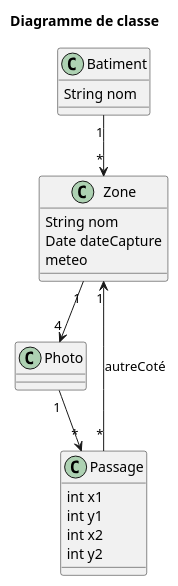
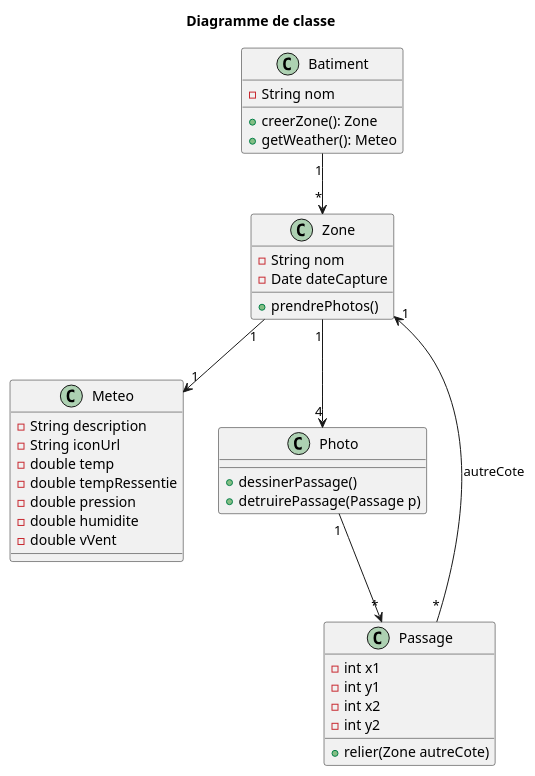
The diagram in diag_c.puml (ActxLeToucan/fst_l3_devmobile_roomview), drawn with PlantUML before and after one commit. The commit also changed 1 other file, not shown here.

Commit message:
diagramme seq abs creation zone

```diff
--- a/diag_c.puml
+++ b/diag_c.puml
@@ -1,30 +1,46 @@
-@startuml Diagramme de classe
+@startuml diag_c
 title Diagramme de classe
 
 class Batiment {
-    String nom
+    - String nom
+    + creerZone(): Zone
+    + getWeather(): Meteo
 }
 
 class Zone {
-    String nom
-    Date dateCapture
-    meteo
+    - String nom
+    - Date dateCapture
+    + prendrePhotos()
+}
+
+class Meteo {
+    - String description
+    - String iconUrl
+    - double temp
+    - double tempRessentie
+    - double pression
+    - double humidite
+    - double vVent
 }
 
 class Photo {
+    + dessinerPassage()
+    + detruirePassage(Passage p)
 }
 
 class Passage {
-    int x1
-    int y1
-    int x2
-    int y2
+    - int x1
+    - int y1
+    - int x2
+    - int y2
+    + relier(Zone autreCote)
 }
 
 
 Batiment "1" --> "*" Zone
 Zone "1" --> "4" Photo
 Photo "1" --> "*" Passage
-Passage "*" --> "1" Zone : autreCoté
+Passage "*" --> "1" Zone : autreCote
+Zone "1" --> "1" Meteo
 
 @enduml
```
